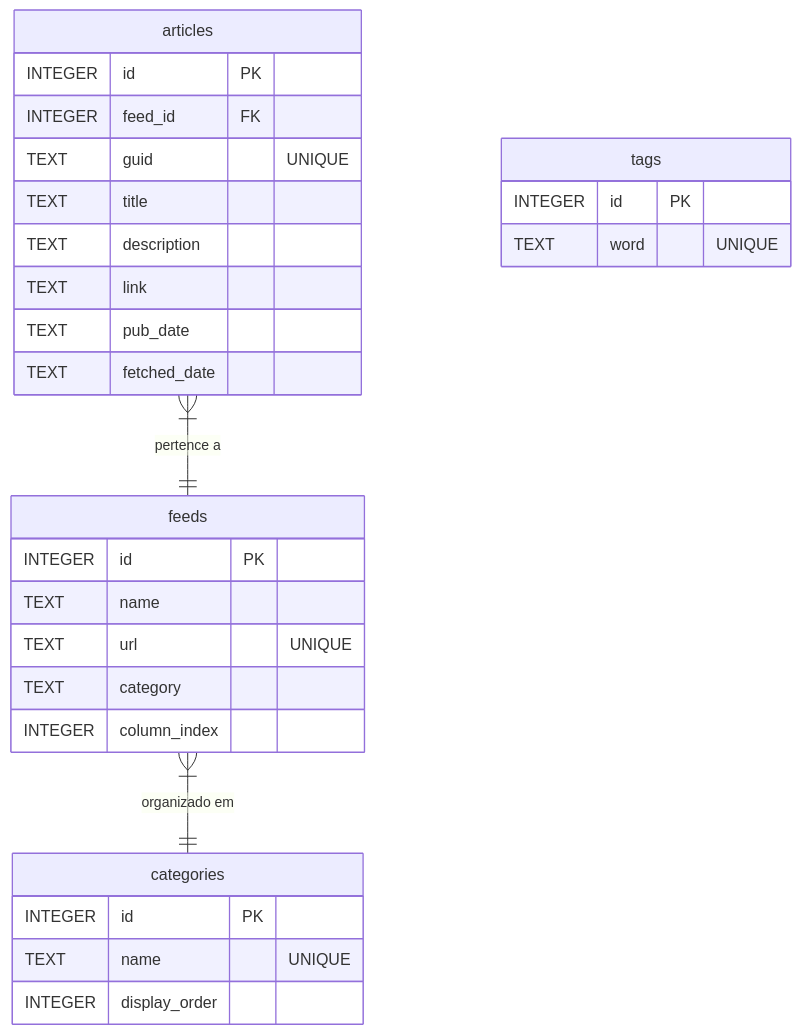
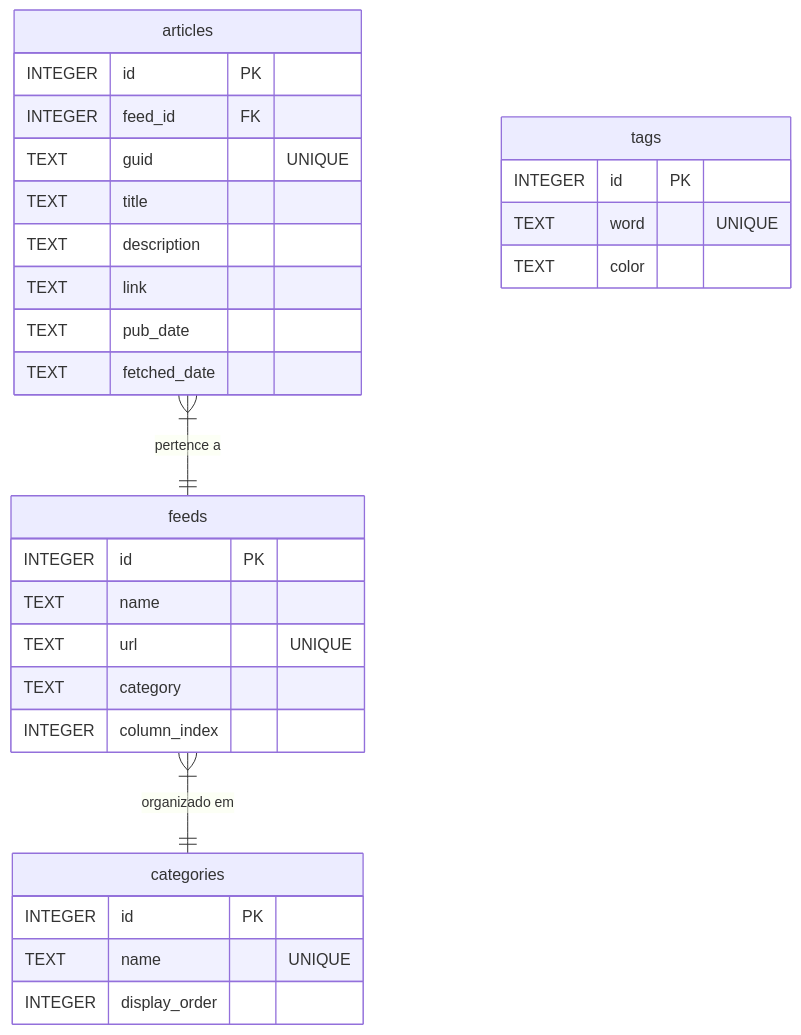
The diagram in README.md (xToshiro/rss-deck), drawn with Mermaid before and after one commit. The commit also changed other lines of this file and 9 other files, not shown here.

````diff
--- a/README.md
+++ b/README.md
@@ -40,32 +44,33 @@
 ```mermaid
 erDiagram
     categories {
         INTEGER id PK
         TEXT name "UNIQUE"
         INTEGER display_order
     }
     feeds {
         INTEGER id PK
         TEXT name
         TEXT url "UNIQUE"
         TEXT category
         INTEGER column_index
     }
     articles {
         INTEGER id PK
         INTEGER feed_id FK
         TEXT guid "UNIQUE"
         TEXT title
         TEXT description
         TEXT link
         TEXT pub_date
         TEXT fetched_date
     }
     tags {
         INTEGER id PK
         TEXT word "UNIQUE"
+        TEXT color
     }
     
     feeds }|--|| categories : "organizado em"
     articles }|--|| feeds : "pertence a"
 ```
````
